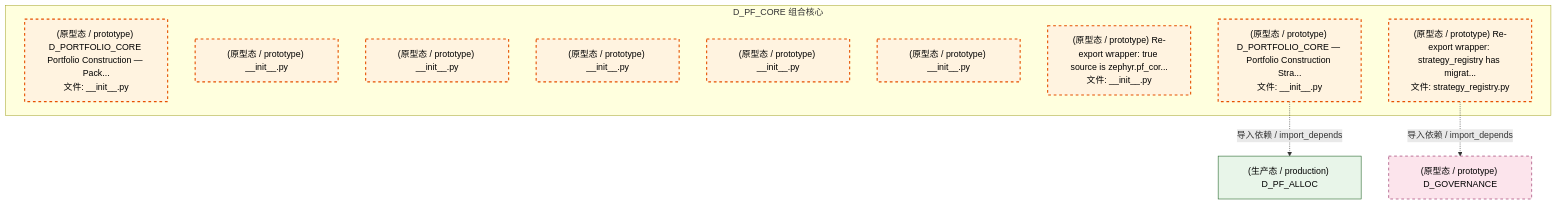
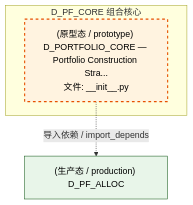
The second of 3 diagrams in docs/02_enterprise_architecture/02_domain_architecture_docs/52_d_pf_core.md (xuanFelixVan/ZephyrAlpha), drawn with Mermaid before and after one commit. The commit also changed other lines of this file and 126 other files, not shown here.

````diff
--- a/docs/02_enterprise_architecture/02_domain_architecture_docs/52_d_pf_core.md
+++ b/docs/02_enterprise_architecture/02_domain_architecture_docs/52_d_pf_core.md
@@ -143,25 +94,14 @@
 ```mermaid
 graph TD
     subgraph D_PF_CORE["D_PF_CORE 组合核心"]
-        src_zephyr_pf_core_init_py["(原型态 / prototype) D_PORTFOLIO_CORE Portfolio Construction — Pack...<br/>文件: __init__.py"]
-        src_zephyr_pf_core_extensions_init_py["(原型态 / prototype) __init__.py"]
-        src_zephyr_pf_core_api_init_py["(原型态 / prototype) __init__.py"]
-        src_zephyr_pf_core_core_init_py["(原型态 / prototype) __init__.py"]
-        src_zephyr_pf_core_infrastructure_init_py["(原型态 / prototype) __init__.py"]
-        src_zephyr_pf_core_services_init_py["(原型态 / prototype) __init__.py"]
-        src_zephyr_pf_core_strategies_init_py["(原型态 / prototype) Re-export wrapper: true source is zephyr.pf_cor...<br/>文件: __init__.py"]
         src_zephyr_pf_core_strategy_engine_init_py["(原型态 / prototype) D_PORTFOLIO_CORE — Portfolio Construction Stra...<br/>文件: __init__.py"]
-        src_zephyr_pf_core_strategy_registry_py["(原型态 / prototype) Re-export wrapper: strategy_registry has migrat...<br/>文件: strategy_registry.py"]
     end
-    D_GOVERNANCE["(原型态 / prototype) D_GOVERNANCE"]
-    src_zephyr_pf_core_strategy_registry_py -.->|导入依赖 / import_depends| D_GOVERNANCE
     D_PF_ALLOC["(生产态 / production) D_PF_ALLOC"]
     src_zephyr_pf_core_strategy_engine_init_py -.->|导入依赖 / import_depends| D_PF_ALLOC
     classDef production fill:#e1f5fe,stroke:#01579b,stroke-width:2px,color:#000
     classDef design fill:#fff3e0,stroke:#e65100,stroke-width:2px,color:#000,stroke-dasharray: 5 5
     classDef external_prod fill:#e8f5e9,stroke:#1b5e20,stroke-width:1px,color:#000
     classDef external_design fill:#fce4ec,stroke:#880e4f,stroke-width:1px,color:#000,stroke-dasharray: 5 5
-    class src_zephyr_pf_core_init_py,src_zephyr_pf_core_extensions_init_py,src_zephyr_pf_core_api_init_py,src_zephyr_pf_core_core_init_py,src_zephyr_pf_core_infrastructure_init_py,src_zephyr_pf_core_services_init_py,src_zephyr_pf_core_strategies_init_py,src_zephyr_pf_core_strategy_engine_init_py,src_zephyr_pf_core_strategy_registry_py design
+    class src_zephyr_pf_core_strategy_engine_init_py design
     class D_PF_ALLOC external_prod
-    class D_GOVERNANCE external_design
 ```
````
